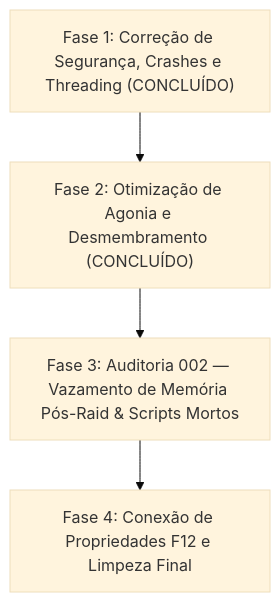
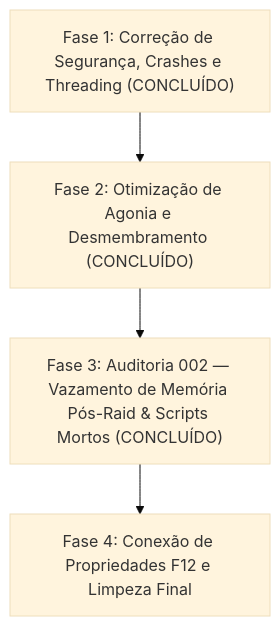
The diagram in mods/VisceralCombat/docs/refactor-roadmap.md (guilhermebvdm/tarkov-spt-4.0), drawn with Mermaid (base theme) before and after one commit. The commit also changed other lines of this file, not shown here.

Commit message:
docs(VisceralCombat): update refactor-roadmap.md with 002-refactor completion

````diff
--- a/mods/VisceralCombat/docs/refactor-roadmap.md
+++ b/mods/VisceralCombat/docs/refactor-roadmap.md
@@ -28,6 +28,6 @@
 ```mermaid
 graph TD
     Phase1["Fase 1: Correção de Segurança, Crashes e Threading (CONCLUÍDO)"] --> Phase2["Fase 2: Otimização de Agonia e Desmembramento (CONCLUÍDO)"]
-    Phase2 --> Phase3["Fase 3: Auditoria 002 — Vazamento de Memória Pós-Raid & Scripts Mortos"]
+    Phase2 --> Phase3["Fase 3: Auditoria 002 — Vazamento de Memória Pós-Raid & Scripts Mortos (CONCLUÍDO)"]
     Phase3 --> Phase4["Fase 4: Conexão de Propriedades F12 e Limpeza Final"]
 ```
````
